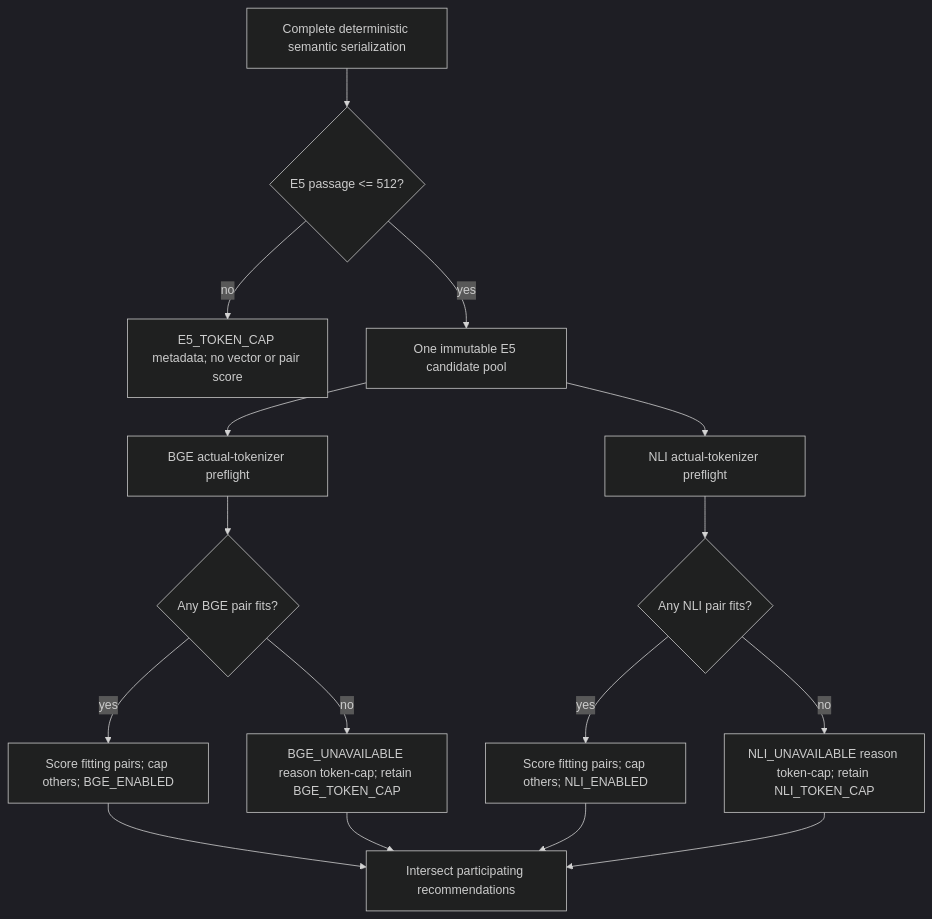
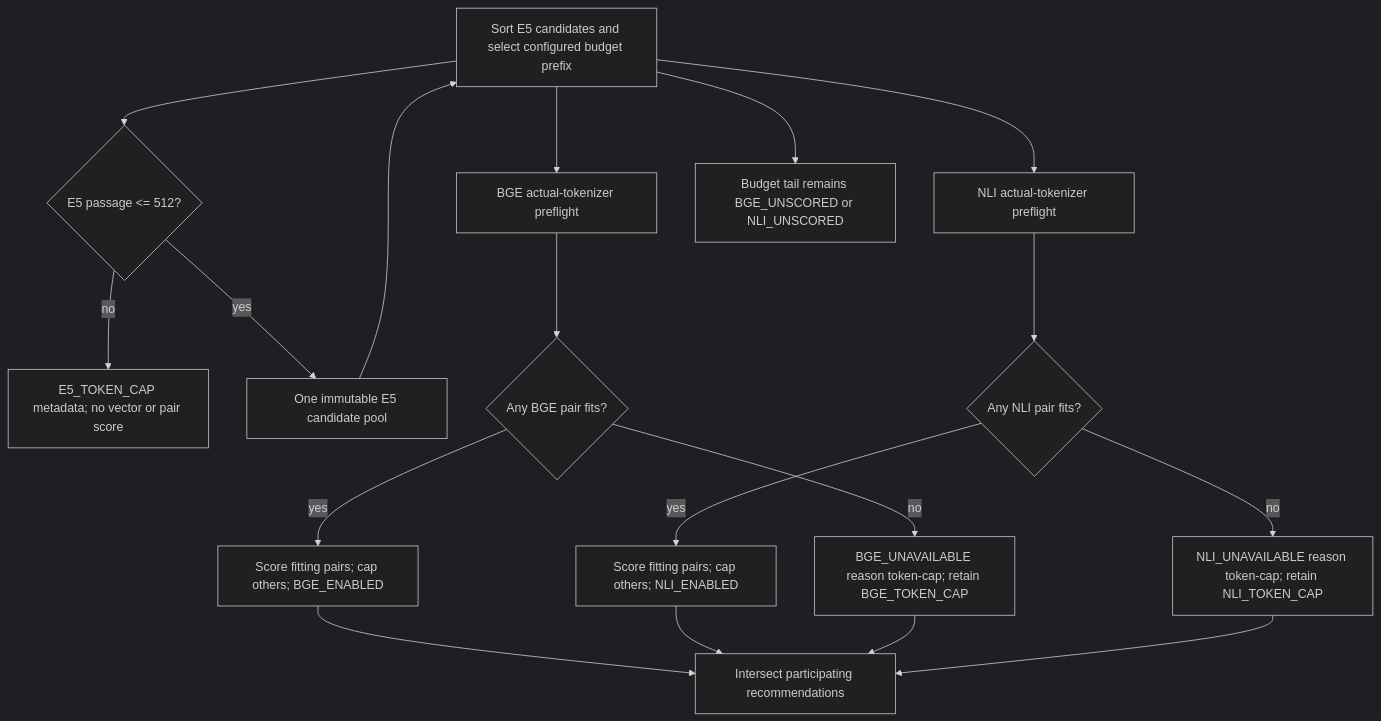
Before and after one commit to buster/givn: the seventh of 8 diagrams in docs/arc42/06-runtime-view.md, drawn with Mermaid (dark theme). The commit also changed other lines of this file and 33 other files, not shown here.

````diff
--- a/docs/arc42/06-runtime-view.md
+++ b/docs/arc42/06-runtime-view.md
@@ -717,18 +724,20 @@
 ```mermaid
 flowchart TD
     S[Complete deterministic semantic serialization] --> E{E5 passage <= 512?}
     E -- no --> EF[E5_TOKEN_CAP metadata; no vector or pair score]
     E -- yes --> P[One immutable E5 candidate pool]
-    P --> B[ BGE actual-tokenizer preflight ]
-    P --> N[ NLI actual-tokenizer preflight ]
+    P --> S[Sort E5 candidates and select configured budget prefix]
+    S --> B[ BGE actual-tokenizer preflight ]
+    S --> N[ NLI actual-tokenizer preflight ]
     B --> BX{Any BGE pair fits?}
     N --> NX{Any NLI pair fits?}
     BX -- yes --> BS[Score fitting pairs; cap others; BGE_ENABLED]
     BX -- no --> BU[BGE_UNAVAILABLE reason token-cap; retain BGE_TOKEN_CAP]
     NX -- yes --> NS[Score fitting pairs; cap others; NLI_ENABLED]
     NX -- no --> NU[NLI_UNAVAILABLE reason token-cap; retain NLI_TOKEN_CAP]
+    S --> U[Budget tail remains BGE_UNSCORED or NLI_UNSCORED]
     BS --> I[Intersect participating recommendations]
     NS --> I
     BU --> I
     NU --> I
 ```
````
